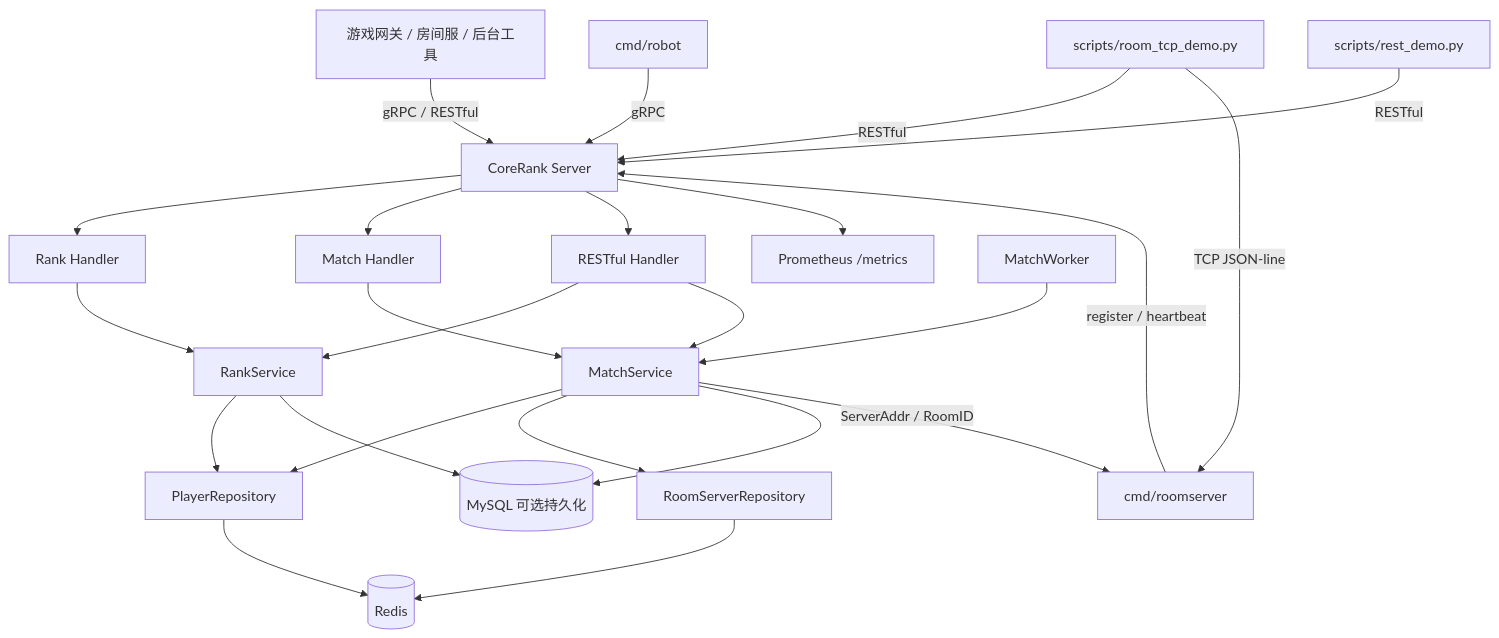
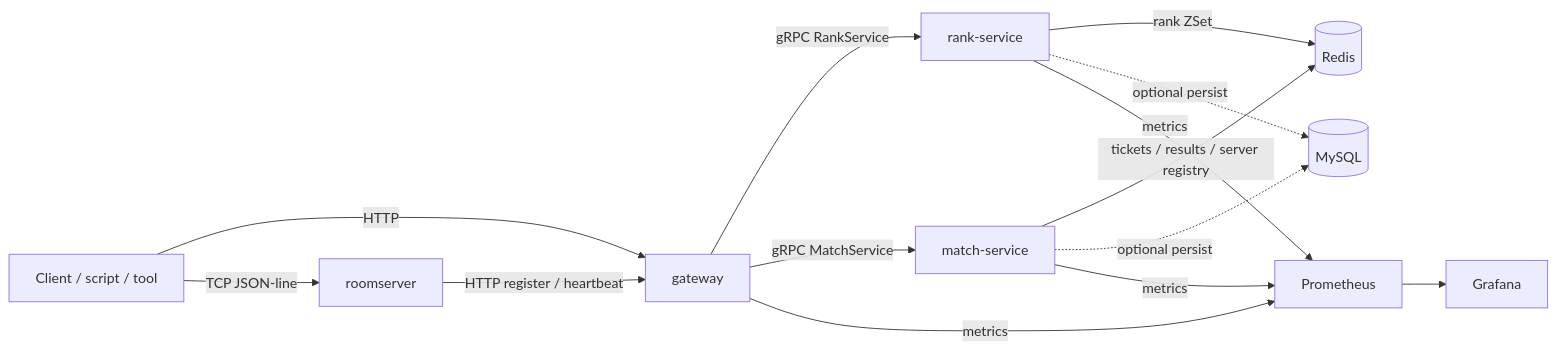
The first of 4 diagrams in docs/architecture.md (jingjie2002/CoreRank), drawn with Mermaid before and after one commit. The commit also changed other lines of this file and 39 other files, not shown here.

Commit message:
Add minimal distributed CoreRank stack

````diff
--- a/docs/architecture.md
+++ b/docs/architecture.md
@@ -13,30 +19,20 @@
 ```mermaid
-graph TB
-    Gateway["游戏网关 / 房间服 / 后台工具"] -->|"gRPC / RESTful"| Server["CoreRank Server"]
-    Robot["cmd/robot"] -->|"gRPC"| Server
-    Demo["scripts/rest_demo.py"] -->|"RESTful"| Server
-    TCPDemo["scripts/room_tcp_demo.py"] -->|"RESTful"| Server
-    TCPDemo -->|"TCP JSON-line"| RoomServer["cmd/roomserver"]
-    RoomServer -->|"register / heartbeat"| Server
+flowchart LR
+    Client["Client / script / tool"] -->|"HTTP"| Gateway["gateway"]
+    Gateway -->|"gRPC RankService"| Rank["rank-service"]
+    Gateway -->|"gRPC MatchService"| Match["match-service"]
 
-    Server --> RankHandler["Rank Handler"]
-    Server --> MatchHandler["Match Handler"]
-    Server --> HTTPHandler["RESTful Handler"]
-    Server --> Metrics["Prometheus /metrics"]
+    Room["roomserver"] -->|"HTTP register / heartbeat"| Gateway
+    Client -->|"TCP JSON-line"| Room
 
-    RankHandler --> RankService["RankService"]
-    HTTPHandler --> RankService
-    MatchHandler --> MatchService["MatchService"]
-    HTTPHandler --> MatchService
+    Rank -->|"rank ZSet"| Redis[("Redis")]
+    Match -->|"tickets / results / server registry"| Redis
 
-    RankService --> RedisRepo["PlayerRepository"]
-    MatchService --> RedisRepo
-    MatchService --> RoomServerRepo["RoomServerRepository"]
-    MatchWorker["MatchWorker"] --> MatchService
+    Rank -. optional persist .-> MySQL[("MySQL")]
+    Match -. optional persist .-> MySQL
 
-    RedisRepo --> Redis[("Redis")]
-    RoomServerRepo --> Redis
-    RankService --> MySQL[("MySQL 可选持久化")]
-    MatchService --> MySQL
-    MatchService -->|"ServerAddr / RoomID"| RoomServer
+    Gateway -->|"metrics"| Prometheus["Prometheus"]
+    Rank -->|"metrics"| Prometheus
+    Match -->|"metrics"| Prometheus
+    Prometheus --> Grafana["Grafana"]
 ```
````
